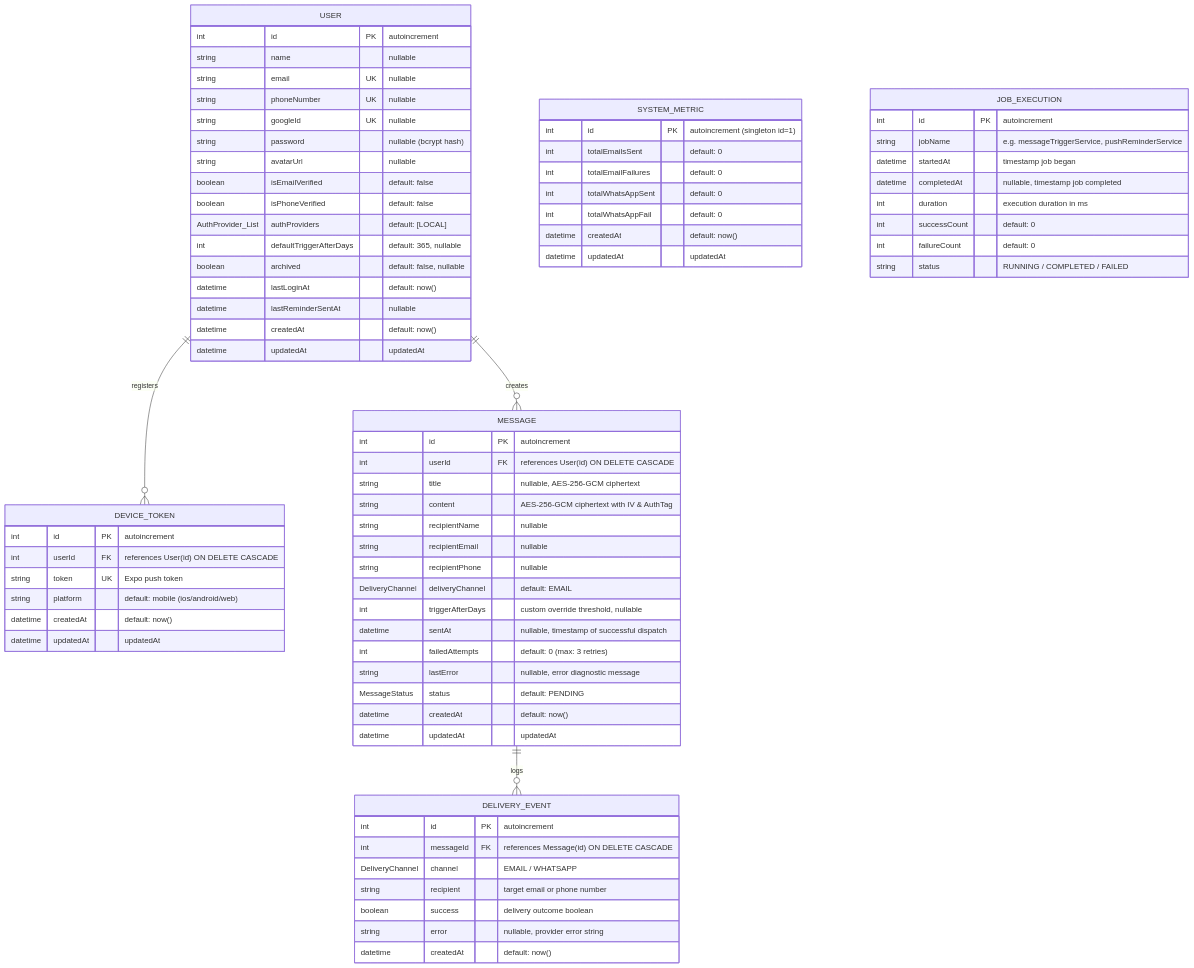
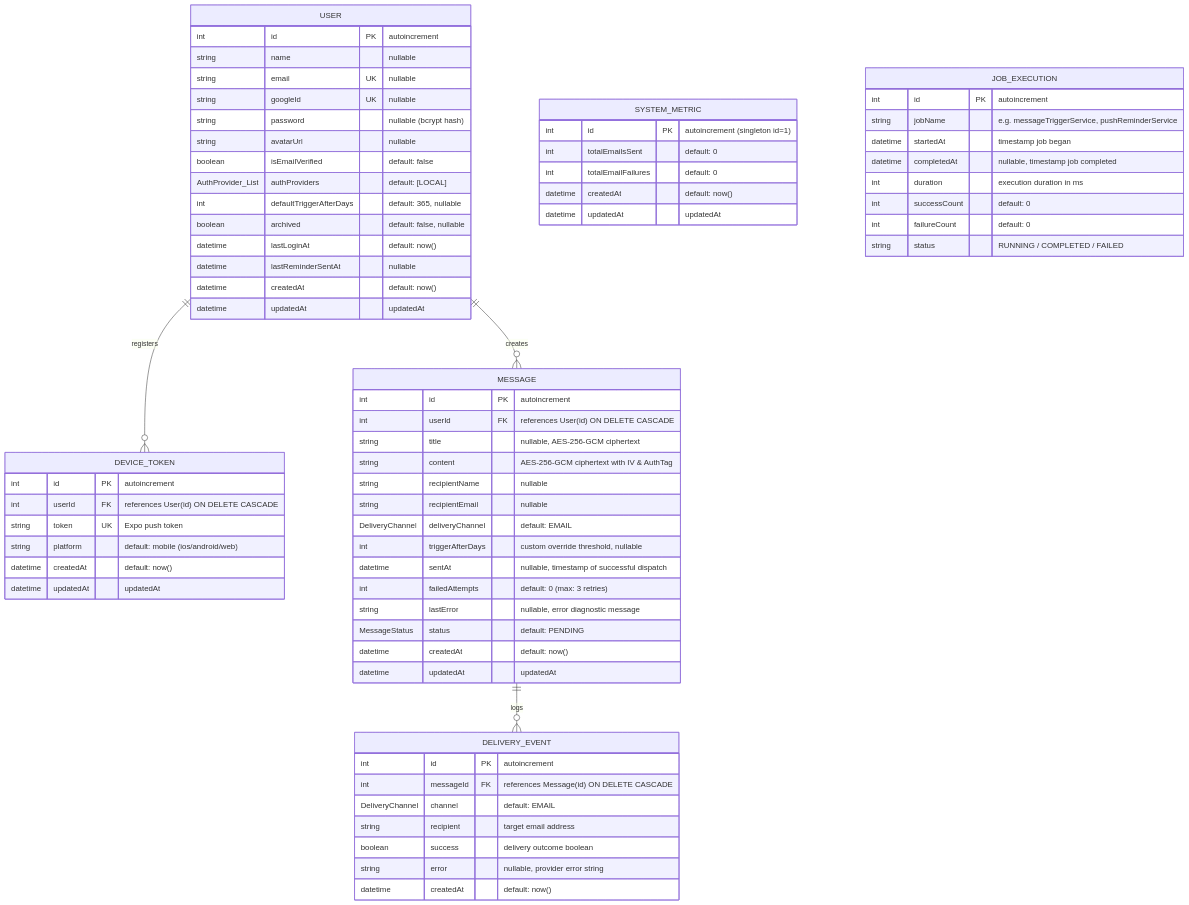
The second of 7 diagrams in codebase_diagrams.md (AryanSin/last-words-app), drawn with Mermaid before and after one commit. The commit also changed other lines of this file and 1 other file, not shown here.

Commit message:
updated readme.md and codebase_diagram.md

```diff
--- a/codebase_diagrams.md
+++ b/codebase_diagrams.md
@@ -129,12 +126,10 @@
         int id PK "autoincrement"
         string name "nullable"
         string email UK "nullable"
-        string phoneNumber UK "nullable"
         string googleId UK "nullable"
         string password "nullable (bcrypt hash)"
         string avatarUrl "nullable"
         boolean isEmailVerified "default: false"
-        boolean isPhoneVerified "default: false"
         AuthProvider_List authProviders "default: [LOCAL]"
         int defaultTriggerAfterDays "default: 365, nullable"
         boolean archived "default: false, nullable"
@@ -160,7 +155,6 @@
         string content "AES-256-GCM ciphertext with IV & AuthTag"
         string recipientName "nullable"
         string recipientEmail "nullable"
-        string recipientPhone "nullable"
         DeliveryChannel deliveryChannel "default: EMAIL"
         int triggerAfterDays "custom override threshold, nullable"
         datetime sentAt "nullable, timestamp of successful dispatch"
@@ -174,8 +168,8 @@
     DELIVERY_EVENT {
         int id PK "autoincrement"
         int messageId FK "references Message(id) ON DELETE CASCADE"
-        DeliveryChannel channel "EMAIL / WHATSAPP"
-        string recipient "target email or phone number"
+        DeliveryChannel channel "default: EMAIL"
+        string recipient "target email address"
         boolean success "delivery outcome boolean"
         string error "nullable, provider error string"
         datetime createdAt "default: now()"
@@ -185,8 +179,6 @@
         int id PK "autoincrement (singleton id=1)"
         int totalEmailsSent "default: 0"
         int totalEmailFailures "default: 0"
-        int totalWhatsAppSent "default: 0"
-        int totalWhatsAppFail "default: 0"
         datetime createdAt "default: now()"
         datetime updatedAt "updatedAt"
     }
```
